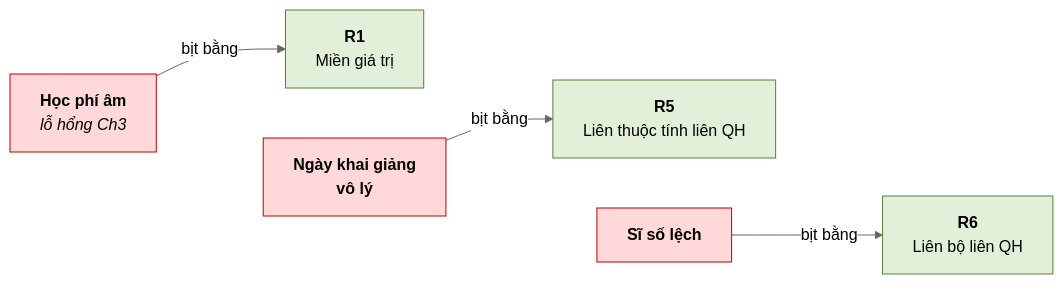
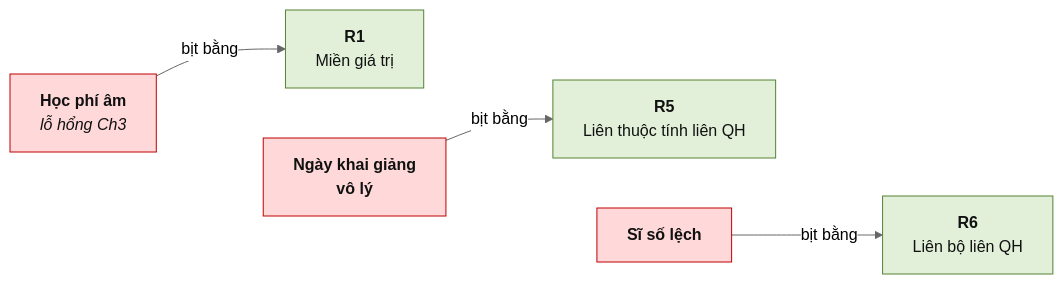
The first of 2 diagrams in docs/chuong-4/4-7-thuc-hanh-phat-hien-rang-buoc-toan-ven.md (CuongNguyenDAU/csdl-dbs201), drawn with Mermaid (neutral theme) before and after one commit. The commit also changed other lines of this file and 123 other files, not shown here.

Commit message:
Cập nhật bài giảng v7: sơ đồ ER ký pháp Chen, hình minh họa tự vẽ, mở rộng toàn diện Chương 5 và bổ sung lời giải A4, B5

````diff
--- a/docs/chuong-4/4-7-thuc-hanh-phat-hien-rang-buoc-toan-ven.md
+++ b/docs/chuong-4/4-7-thuc-hanh-phat-hien-rang-buoc-toan-ven.md
@@ -62,14 +58,14 @@
 ```mermaid
 flowchart LR
     N1["<b>Học phí âm</b><br/><i>lỗ hổng Ch3</i>"] -->|"bịt bằng"| R1["<b>R1</b><br/>Miền giá trị"]
     N2["<b>Ngày khai giảng<br/>vô lý</b>"] -->|"bịt bằng"| R5["<b>R5</b><br/>Liên thuộc tính liên QH"]
     N3["<b>Sĩ số lệch</b>"] -->|"bịt bằng"| R6["<b>R6</b><br/>Liên bộ liên QH"]
     N1 ~~~ N2
     N2 ~~~ N3
-    style N1 fill:#FFD9D9,stroke:#C00000
-    style N2 fill:#FFD9D9,stroke:#C00000
-    style N3 fill:#FFD9D9,stroke:#C00000
-    style R1 fill:#E2F0D9,stroke:#548235
-    style R5 fill:#E2F0D9,stroke:#548235
-    style R6 fill:#E2F0D9,stroke:#548235
+    style N1 fill:#FFD9D9,stroke:#C00000,color:#111111
+    style N2 fill:#FFD9D9,stroke:#C00000,color:#111111
+    style N3 fill:#FFD9D9,stroke:#C00000,color:#111111
+    style R1 fill:#E2F0D9,stroke:#548235,color:#111111
+    style R5 fill:#E2F0D9,stroke:#548235,color:#111111
+    style R6 fill:#E2F0D9,stroke:#548235,color:#111111
 ```
````
